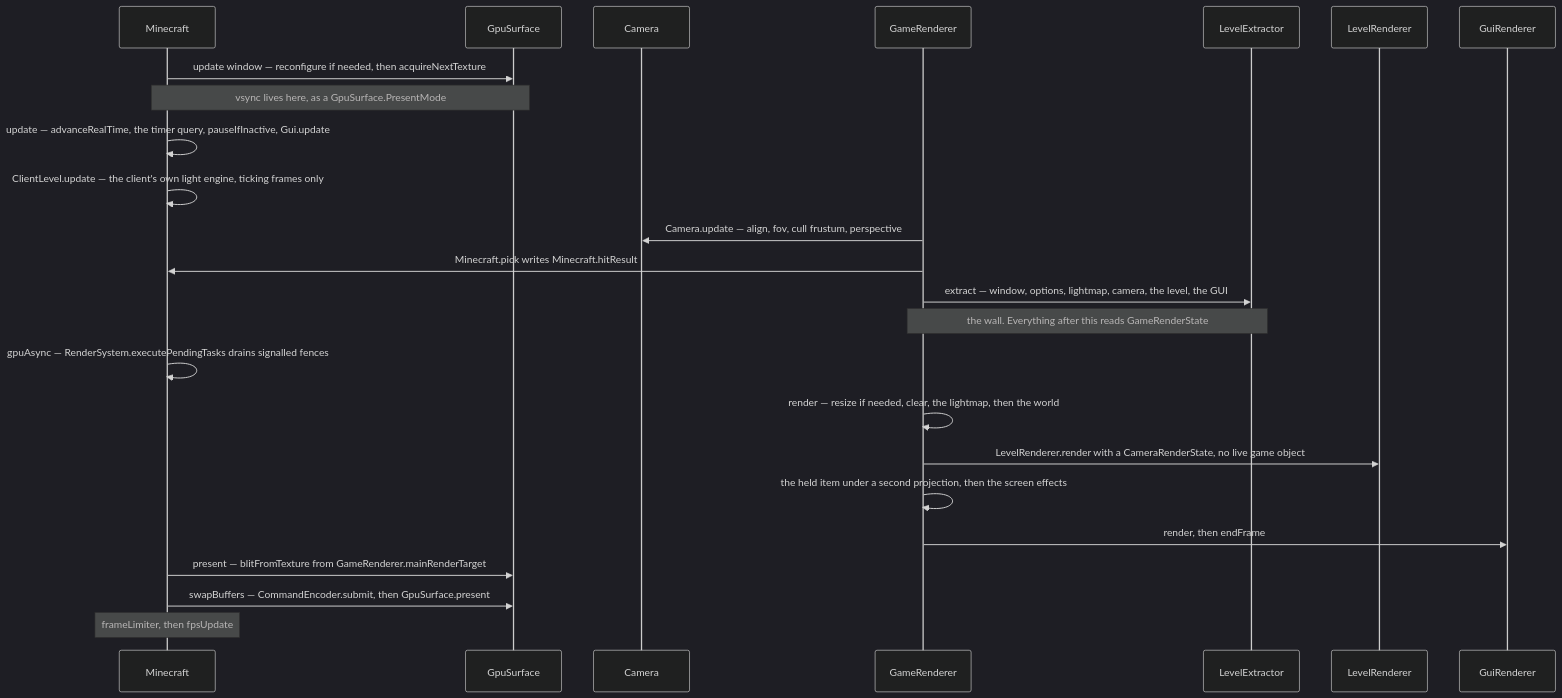
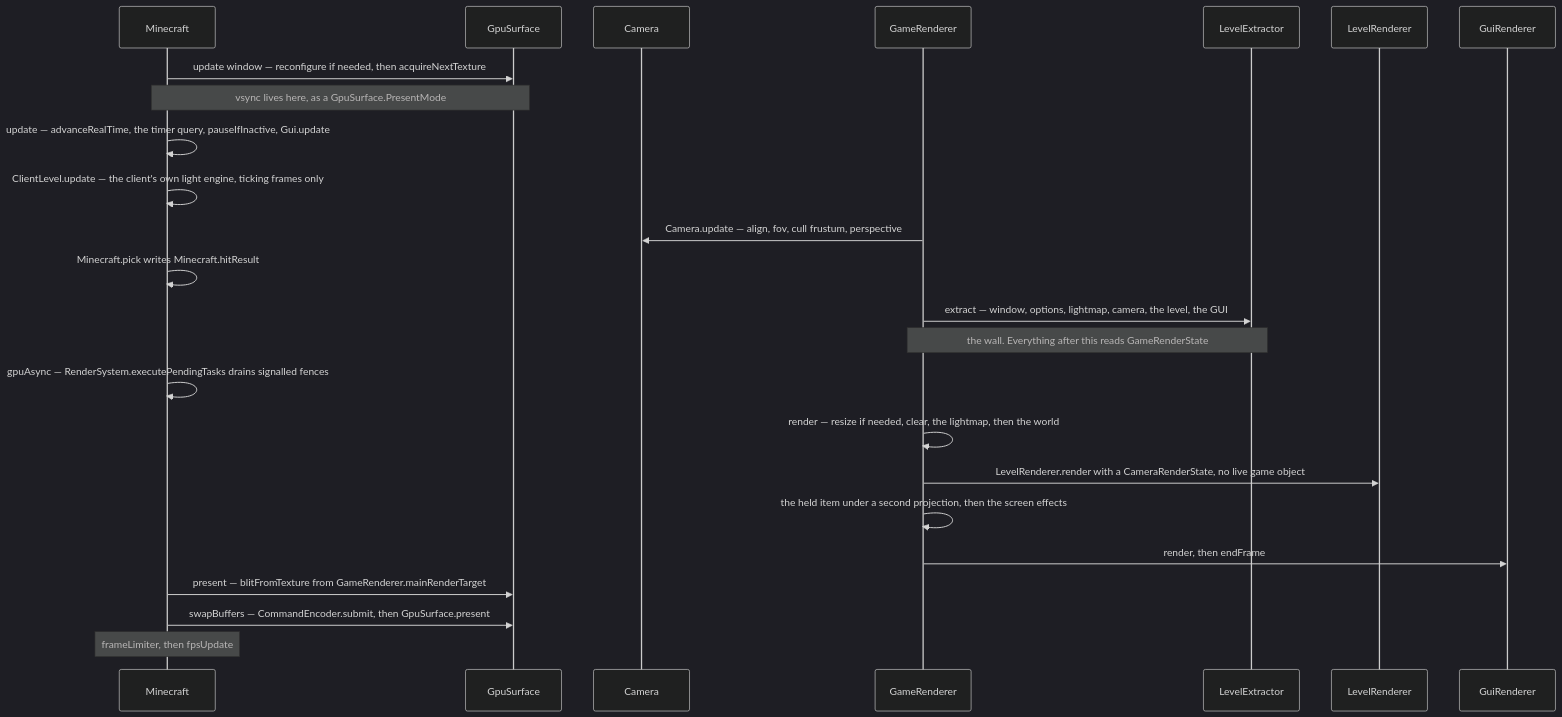
Before and after one commit to AlexanderjFraser/MinecraftDocs: the diagram in src/systems/rendering/the-frame.md, drawn with Mermaid (dark theme). The commit also changed other lines of this file and 3 other files, not shown here.

````diff
--- a/src/systems/rendering/the-frame.md
+++ b/src/systems/rendering/the-frame.md
@@ -45,27 +46,27 @@
 ```mermaid
 sequenceDiagram
     participant MC as Minecraft
     participant GpuS as GpuSurface
     participant Camera as Camera
     participant GR as GameRenderer
     participant LX as LevelExtractor
     participant LR as LevelRenderer
     participant GuiR as GuiRenderer
 
     MC->>GpuS: update window — reconfigure if needed, then acquireNextTexture
     Note over MC,GpuS: vsync lives here, as a GpuSurface.PresentMode
     MC->>MC: update — advanceRealTime, the timer query, pauseIfInactive, Gui.update
     MC->>MC: ClientLevel.update — the client's own light engine, ticking frames only
     GR->>Camera: Camera.update — align, fov, cull frustum, perspective
-    GR->>MC: Minecraft.pick writes Minecraft.hitResult
+    MC->>MC: Minecraft.pick writes Minecraft.hitResult
     GR->>LX: extract — window, options, lightmap, camera, the level, the GUI
     Note over GR,LX: the wall. Everything after this reads GameRenderState
     MC->>MC: gpuAsync — RenderSystem.executePendingTasks drains signalled fences
     GR->>GR: render — resize if needed, clear, the lightmap, then the world
     GR->>LR: LevelRenderer.render with a CameraRenderState, no live game object
     GR->>GR: the held item under a second projection, then the screen effects
     GR->>GuiR: render, then endFrame
     MC->>GpuS: present — blitFromTexture from GameRenderer.mainRenderTarget
     MC->>GpuS: swapBuffers — CommandEncoder.submit, then GpuSurface.present
     Note over MC: frameLimiter, then fpsUpdate
 ```
````
